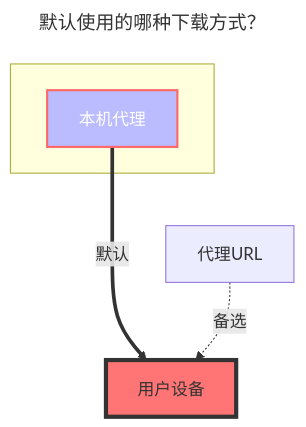
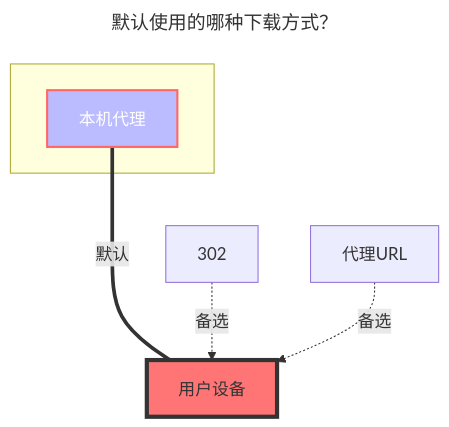
One commit to hotlcc/OpenList-Docs changed the second of 2 diagrams in pages/guide/drivers/webdav.md. Above: the diagram before and after it, drawn with Mermaid. The commit also changed other lines of this file and 2 other files, not shown here.

Commit message:
docs(webdav): add webdav 302 redirect feature (#286)

````diff
--- a/pages/guide/drivers/webdav.md
+++ b/pages/guide/drivers/webdav.md
@@ -134,16 +188,18 @@
 ```mermaid
 ---
 title: 默认使用的哪种下载方式？
 ---
 flowchart TB
-    style c1 fill:#bbf,stroke:#f66,stroke-width:2px,color:#fff
+    style a1 fill:#bbf,stroke:#f66,stroke-width:2px,color:#fff
     style a2 fill:#ff7575,stroke:#333,stroke-width:4px
     subgraph ide1 [ ]
-    c1
+    a1
     end
-    c1[本机代理]:::someclass==默认===>a2[用户设备]
+    a1[本机代理]:::someclass====|默认|a2[用户设备]
     classDef someclass fill:#f96
+    c1[302]-.备选.->a2[用户设备]
     b1[代理URL]-.备选.->a2[用户设备]
+    click a1 "../drivers/common.html#webdav-策略"
     click b1 "../drivers/common.html#webdav-策略"
     click c1 "../drivers/common.html#webdav-策略"
 ```
````
